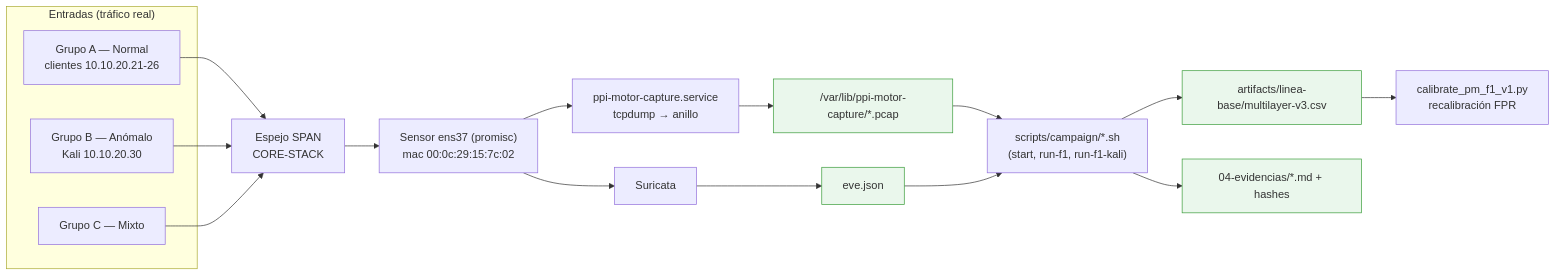
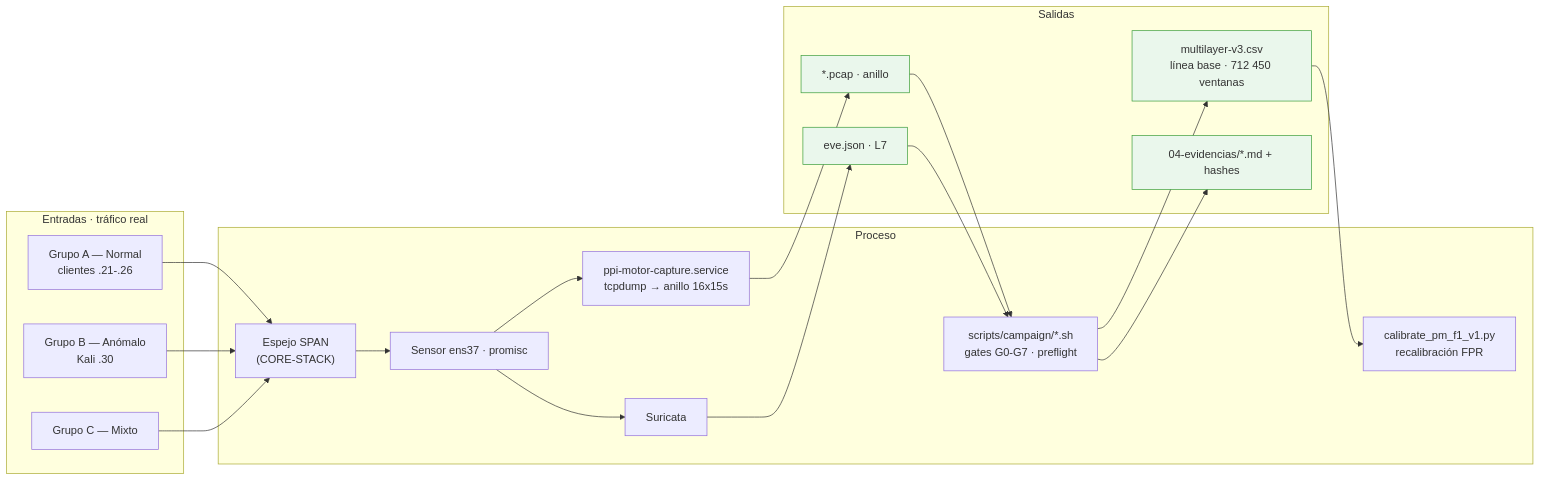
One commit to marksato13/VF-PPI-TESIS-ORQUESTACION changed the diagram in 02-metodologia/metodologia-7-fases/F1-datos-y-linea-base.md. Above: the diagram before and after it, drawn with Mermaid. The commit also changed other lines of this file and 6 other files, not shown here.

````diff
--- a/02-metodologia/metodologia-7-fases/F1-datos-y-linea-base.md
+++ b/02-metodologia/metodologia-7-fases/F1-datos-y-linea-base.md
@@ -11,29 +11,35 @@
 ```mermaid
 flowchart LR
-  subgraph ENT["Entradas (tráfico real)"]
-    A["Grupo A — Normal<br/>clientes 10.10.20.21-26"]
-    B["Grupo B — Anómalo<br/>Kali 10.10.20.30"]
+  subgraph ENT["Entradas · tráfico real"]
+    A["Grupo A — Normal<br/>clientes .21-.26"]
+    B["Grupo B — Anómalo<br/>Kali .30"]
     C["Grupo C — Mixto"]
   end
-  SPAN["Espejo SPAN<br/>CORE-STACK"]
-  SENS["Sensor ens37 (promisc)<br/>mac 00:0c:29:15:7c:02"]
-  CAP["ppi-motor-capture.service<br/>tcpdump → anillo"]
-  SUR["Suricata"]
-
+  subgraph PROC["Proceso"]
+    SPAN["Espejo SPAN<br/>(CORE-STACK)"]
+    SENS["Sensor ens37 · promisc"]
+    CAP["ppi-motor-capture.service<br/>tcpdump → anillo 16x15s"]
+    SUR["Suricata"]
+    ORQ["scripts/campaign/*.sh<br/>gates G0-G7 · preflight"]
+    CAL["calibrate_pm_f1_v1.py<br/>recalibración FPR"]
+  end
+  subgraph OUT["Salidas"]
+    PCAP["*.pcap  ·  anillo"]
+    EVE["eve.json  ·  L7"]
+    DS["multilayer-v3.csv<br/>línea base · 712 450 ventanas"]
+    EVID["04-evidencias/*.md + hashes"]
+  end
   A --> SPAN
   B --> SPAN
   C --> SPAN
-  SPAN --> SENS --> CAP
-  SENS --> SUR
-
-  CAP --> PCAP["/var/lib/ppi-motor-capture/*.pcap"]
-  SUR --> EVE["eve.json"]
-  PCAP --> ORQ["scripts/campaign/*.sh<br/>(start, run-f1, run-f1-kali)"]
+  SPAN --> SENS
+  SENS --> CAP --> PCAP
+  SENS --> SUR --> EVE
+  PCAP --> ORQ
   EVE --> ORQ
-  ORQ --> DS["artifacts/linea-base/multilayer-v3.csv"]
-  ORQ --> EVID["04-evidencias/*.md + hashes"]
-  DS --> CAL["calibrate_pm_f1_v1.py<br/>recalibración FPR"]
-
+  ORQ --> DS
+  ORQ --> EVID
+  DS --> CAL
   classDef out fill:#EAF7EC,stroke:#3A9D3A;
-  class DS,EVID,PCAP,EVE out;
+  class PCAP,EVE,DS,EVID out;
 ```
````
